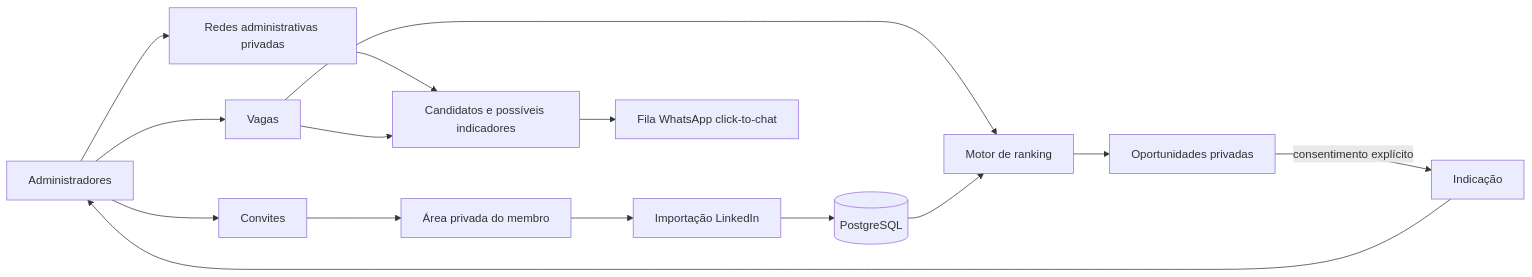
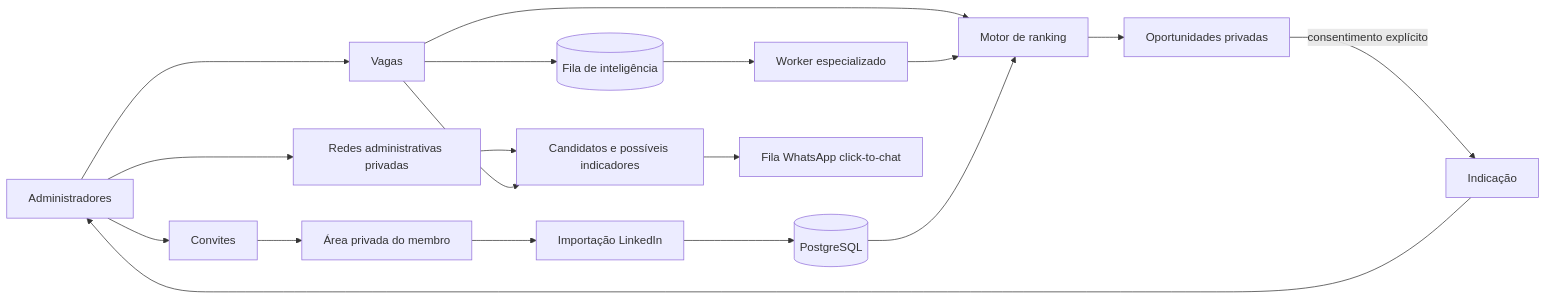
The diagram in README.md (Ceugox/Dream-Team-Test), drawn with Mermaid before and after one commit. The commit also changed other lines of this file and 15 other files, not shown here.

````diff
--- a/README.md
+++ b/README.md
@@ -83,17 +84,20 @@
 ```mermaid
 flowchart LR
   A[Administradores] --> N[Redes administrativas privadas]
   A --> J[Vagas]
   A --> I[Convites]
   I --> M[Área privada do membro]
   M --> L[Importação LinkedIn]
   L --> P[(PostgreSQL)]
   J --> R[Motor de ranking]
+  J --> Q[(Fila de inteligência)]
+  Q --> WK[Worker especializado]
+  WK --> R
   P --> R
   R --> O[Oportunidades privadas]
   O -->|consentimento explícito| F[Indicação]
   F --> A
   N --> R2[Candidatos e possíveis indicadores]
   J --> R2
   R2 --> W[Fila WhatsApp click-to-chat]
 ```
````
